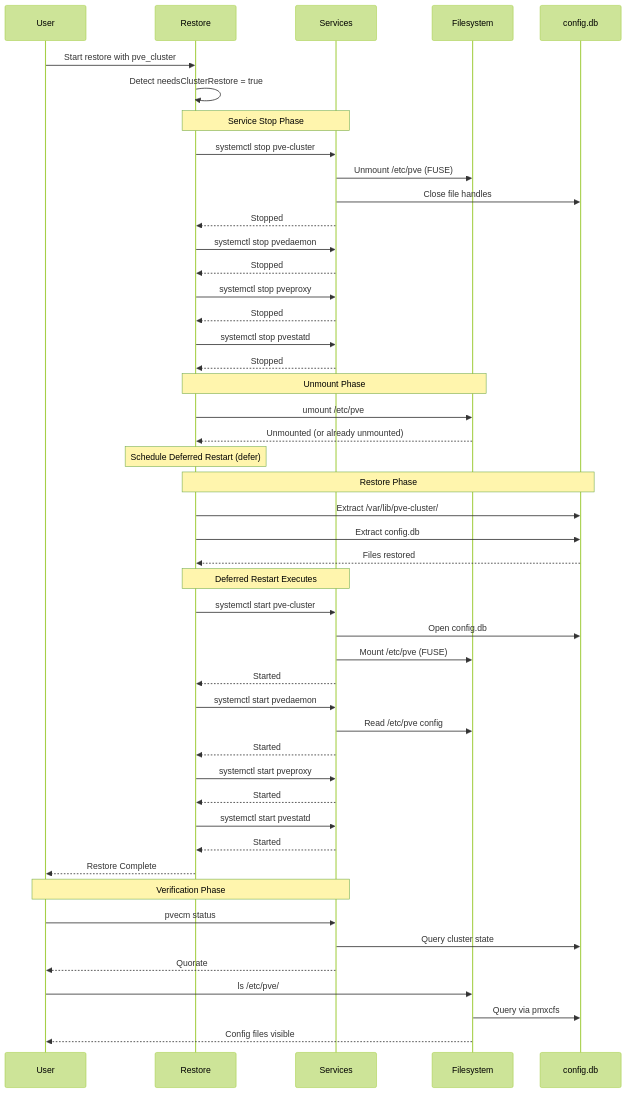
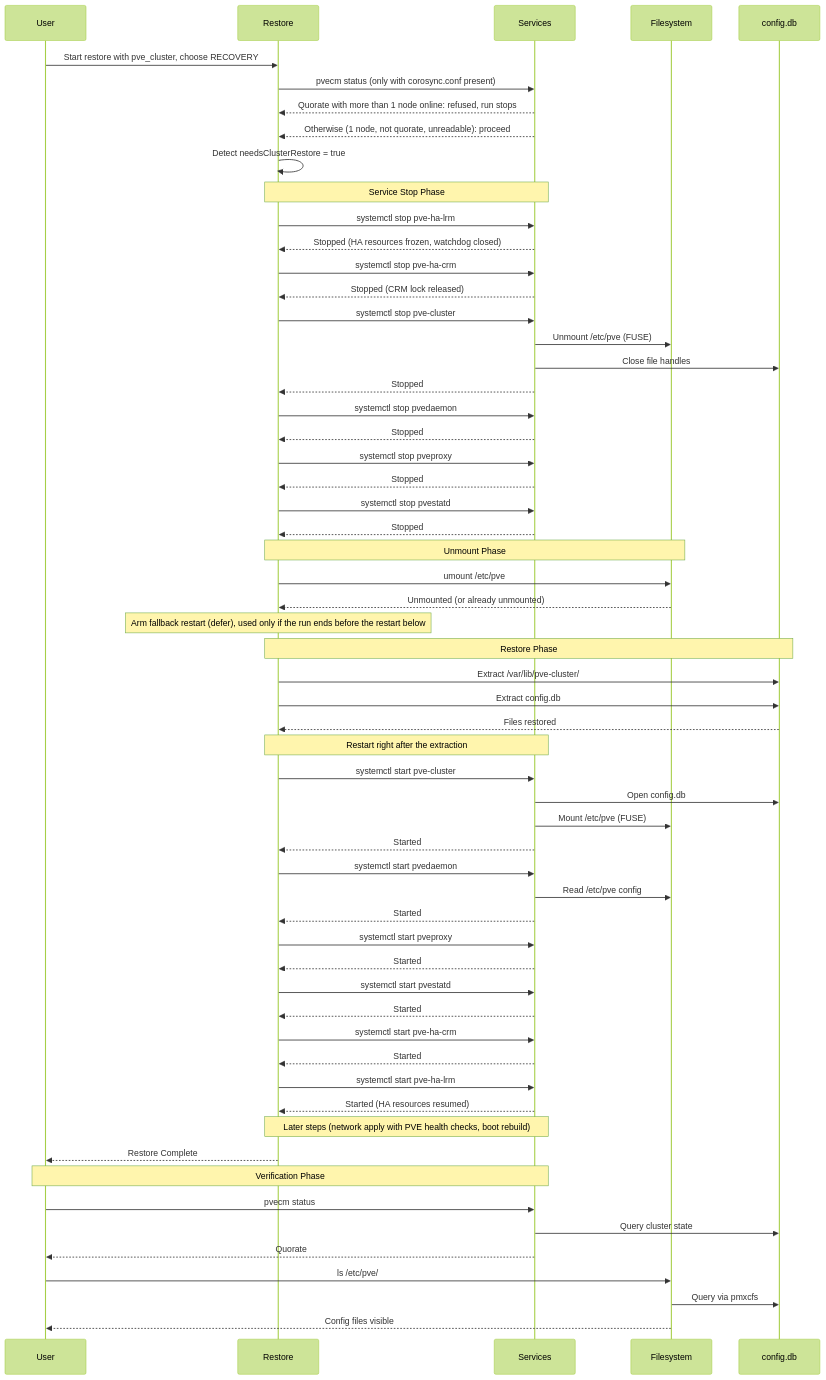
The third of 13 diagrams in docs/RESTORE_DIAGRAMS.md (tis24dev/proxsave), drawn with Mermaid (forest theme) before and after one commit. The commit also changed other lines of this file and 17 other files, not shown here.

First line of the commit message:
fix(restore): stop HA first, restart the cluster after config.db, refuse a quorate RECOVERY

````diff
--- a/docs/RESTORE_DIAGRAMS.md
+++ b/docs/RESTORE_DIAGRAMS.md
@@ -165,61 +166,75 @@
 ```mermaid
 sequenceDiagram
     participant User
     participant Restore
     participant Services
     participant FS as Filesystem
     participant DB as config.db
 
-    User->>Restore: Start restore with pve_cluster
+    User->>Restore: Start restore with pve_cluster, choose RECOVERY
+    Restore->>Services: pvecm status (only with corosync.conf present)
+    Services-->>Restore: Quorate with more than 1 node online: refused, run stops
+    Services-->>Restore: Otherwise (1 node, not quorate, unreadable): proceed
     Restore->>Restore: Detect needsClusterRestore = true
 
     Note over Restore,Services: Service Stop Phase
+    Restore->>Services: systemctl stop pve-ha-lrm
+    Services-->>Restore: Stopped (HA resources frozen, watchdog closed)
+    Restore->>Services: systemctl stop pve-ha-crm
+    Services-->>Restore: Stopped (CRM lock released)
     Restore->>Services: systemctl stop pve-cluster
     Services->>FS: Unmount /etc/pve (FUSE)
     Services->>DB: Close file handles
     Services-->>Restore: Stopped
 
     Restore->>Services: systemctl stop pvedaemon
     Services-->>Restore: Stopped
     Restore->>Services: systemctl stop pveproxy
     Services-->>Restore: Stopped
     Restore->>Services: systemctl stop pvestatd
     Services-->>Restore: Stopped
 
     Note over Restore,FS: Unmount Phase
     Restore->>FS: umount /etc/pve
     FS-->>Restore: Unmounted (or already unmounted)
 
-    Note over Restore: Schedule Deferred Restart (defer)
+    Note over Restore: Arm fallback restart (defer), used only if the run ends before the restart below
 
     Note over Restore,DB: Restore Phase
     Restore->>DB: Extract /var/lib/pve-cluster/
     Restore->>DB: Extract config.db
     DB-->>Restore: Files restored
 
-    Note over Restore,Services: Deferred Restart Executes
+    Note over Restore,Services: Restart right after the extraction
     Restore->>Services: systemctl start pve-cluster
     Services->>DB: Open config.db
     Services->>FS: Mount /etc/pve (FUSE)
     Services-->>Restore: Started
 
     Restore->>Services: systemctl start pvedaemon
     Services->>FS: Read /etc/pve config
     Services-->>Restore: Started
 
     Restore->>Services: systemctl start pveproxy
     Services-->>Restore: Started
 
     Restore->>Services: systemctl start pvestatd
     Services-->>Restore: Started
 
+    Restore->>Services: systemctl start pve-ha-crm
+    Services-->>Restore: Started
+    Restore->>Services: systemctl start pve-ha-lrm
+    Services-->>Restore: Started (HA resources resumed)
+
+    Note over Restore,Services: Later steps (network apply with PVE health checks, boot rebuild)
+
     Restore-->>User: Restore Complete
 
     Note over User,Services: Verification Phase
     User->>Services: pvecm status
     Services->>DB: Query cluster state
     Services-->>User: Quorate
     User->>FS: ls /etc/pve/
     FS->>DB: Query via pmxcfs
     FS-->>User: Config files visible
 ```
````
